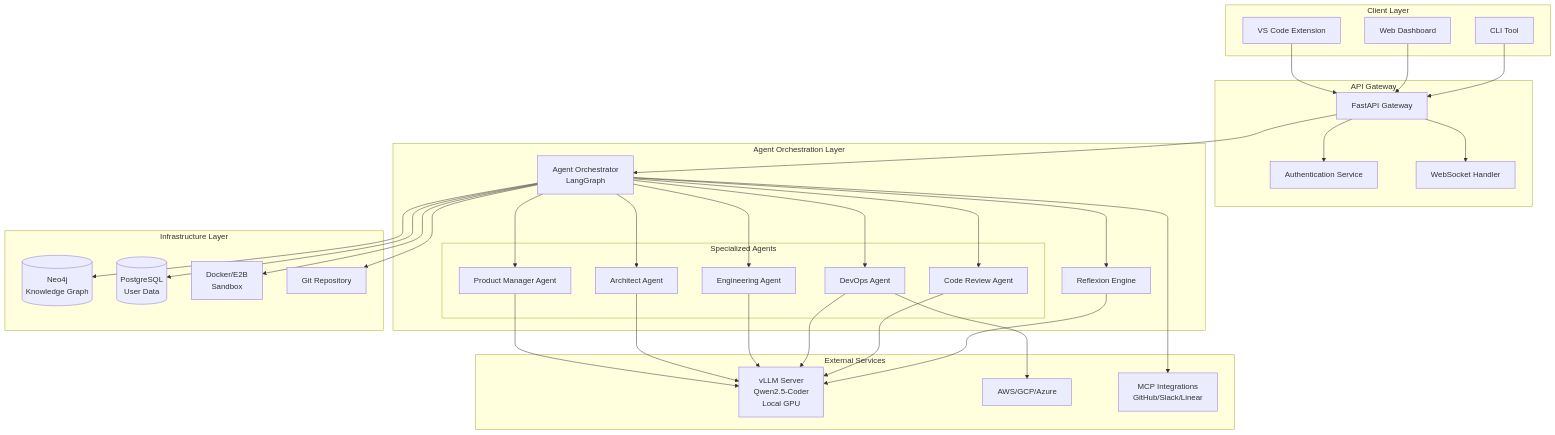
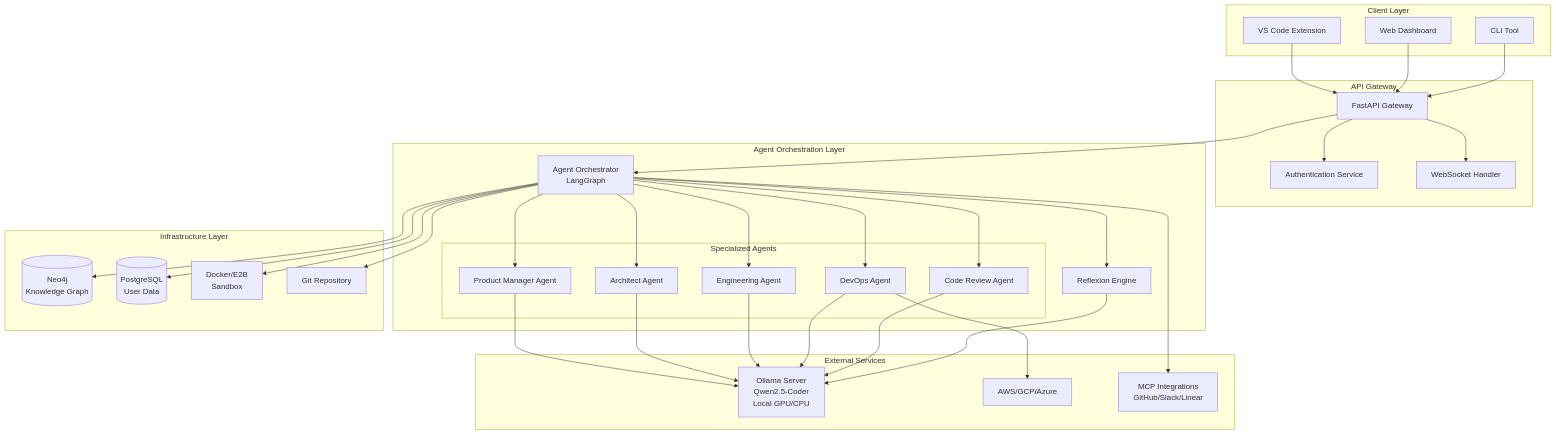
One commit to nairp126/software-foundry changed the first of 2 diagrams in .kiro/specs/autonomous-software-foundry/design.md. Above: the diagram before and after it, drawn with Mermaid. The commit also changed other lines of this file and 9 other files, not shown here.

Commit message:
feat: switch to Ollama with Qwen2.5-Coder-7B as primary LLM provider for Windows compatibility

````diff
--- a/.kiro/specs/autonomous-software-foundry/design.md
+++ b/.kiro/specs/autonomous-software-foundry/design.md
@@ -45,71 +45,71 @@
 ```mermaid
 graph TB
     subgraph "Client Layer"
         VSCode[VS Code Extension]
         WebUI[Web Dashboard]
         CLI[CLI Tool]
     end
     
     subgraph "API Gateway"
         Gateway[FastAPI Gateway]
         Auth[Authentication Service]
         WS[WebSocket Handler]
     end
     
     subgraph "Agent Orchestration Layer"
         Orchestrator[Agent Orchestrator<br/>LangGraph]
         
         subgraph "Specialized Agents"
             PM[Product Manager Agent]
             Arch[Architect Agent]
             Eng[Engineering Agent]
             DevOps[DevOps Agent]
             Review[Code Review Agent]
         end
         
         Reflexion[Reflexion Engine]
     end
     
     subgraph "Infrastructure Layer"
         KG[(Neo4j<br/>Knowledge Graph)]
         DB[(PostgreSQL<br/>User Data)]
         Sandbox[Docker/E2B<br/>Sandbox]
         Git[Git Repository]
     end
     
     subgraph "External Services"
-        LLM[vLLM Server<br/>Qwen2.5-Coder<br/>Local GPU]
+        LLM[Ollama Server<br/>Qwen2.5-Coder<br/>Local GPU/CPU]
         Cloud[AWS/GCP/Azure]
         MCP[MCP Integrations<br/>GitHub/Slack/Linear]
     end
     
     VSCode --> Gateway
     WebUI --> Gateway
     CLI --> Gateway
     
     Gateway --> Auth
     Gateway --> WS
     Gateway --> Orchestrator
     
     Orchestrator --> PM
     Orchestrator --> Arch
     Orchestrator --> Eng
     Orchestrator --> DevOps
     Orchestrator --> Review
     Orchestrator --> Reflexion
     
     PM --> LLM
     Arch --> LLM
     Eng --> LLM
     DevOps --> LLM
     Review --> LLM
     Reflexion --> LLM
     
     Orchestrator --> KG
     Orchestrator --> DB
     Orchestrator --> Sandbox
     Orchestrator --> Git
     
     DevOps --> Cloud
     Orchestrator --> MCP
 ```
````
